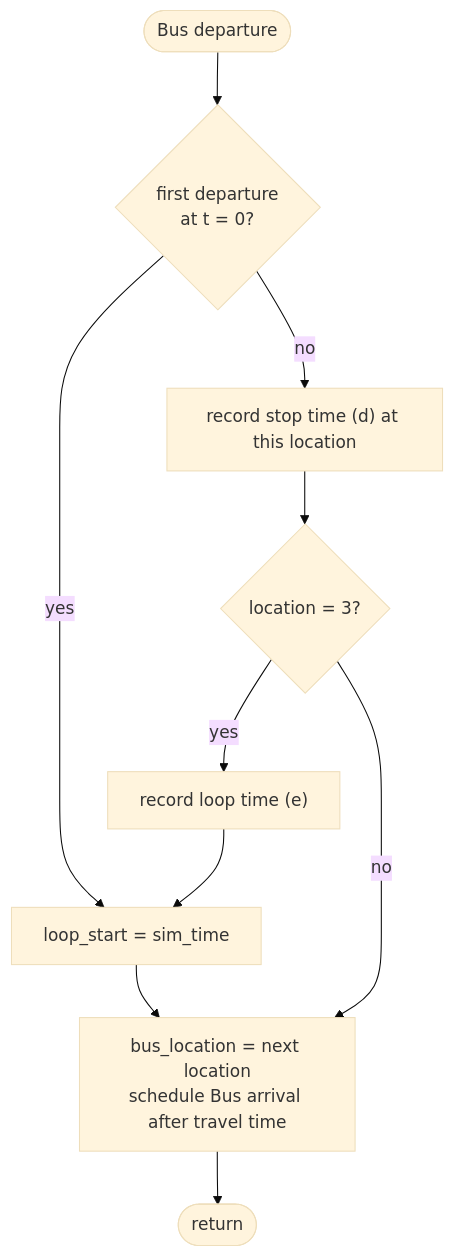
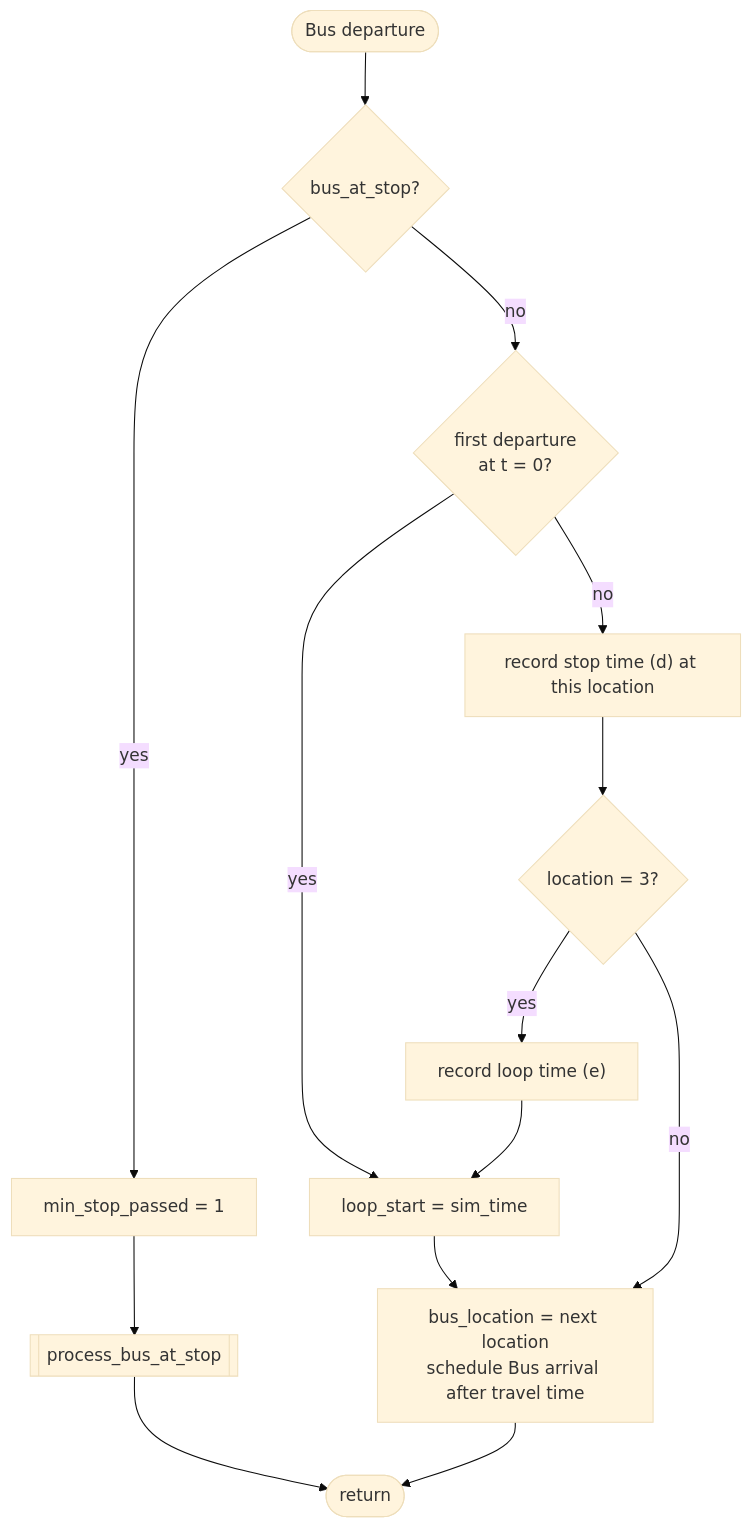
Before and after one commit to carllix/bus-event-simulation: the eighth of 8 diagrams in README.md, drawn with Mermaid (base theme). The commit also changed other lines of this file and 3 other files, not shown here.

Commit message:
fix: delte min stop done vent

````diff
--- a/README.md
+++ b/README.md
@@ -271,12 +264,16 @@
 ```mermaid
 flowchart TD
-    S([Bus departure]) --> F{"first departure<br/>at t = 0?"}
+    S([Bus departure]) --> BS{bus_at_stop?}
+    BS -->|yes| M["min_stop_passed = 1"]
+    M --> P[[process_bus_at_stop]]
+    P --> E([return])
+    BS -->|no| F{"first departure<br/>at t = 0?"}
     F -->|yes| LS["loop_start = sim_time"]
     F -->|no| R["record stop time (d) at this location"]
     R --> C{"location = 3?"}
     C -->|yes| RL["record loop time (e)"]
     RL --> LS
     C -->|no| N
     LS --> N["bus_location = next location<br/>schedule Bus arrival after travel time"]
     N --> E([return])
 ```
````
